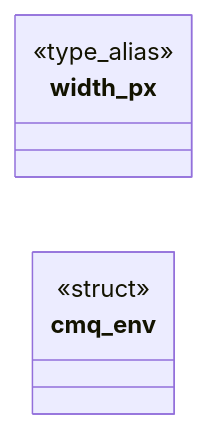
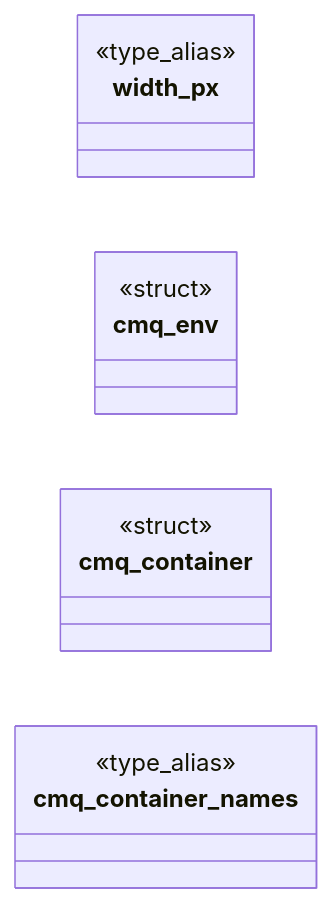
Before and after one commit to grisuno/FreeDom: the diagram in readmenator-apidocs/modules/include.css_mq.h.md, drawn with Mermaid. The commit also changed other lines of this file and 234 other files, not shown here.

````diff
--- a/readmenator-apidocs/modules/include.css_mq.h.md
+++ b/readmenator-apidocs/modules/include.css_mq.h.md
@@ -14,8 +14,12 @@
 ```mermaid
 classDiagram
     direction LR
     class width_px
     <<type_alias>> width_px
     class cmq_env
     <<struct>> cmq_env
+    class cmq_container
+    <<struct>> cmq_container
+    class cmq_container_names
+    <<type_alias>> cmq_container_names
 ```
````
